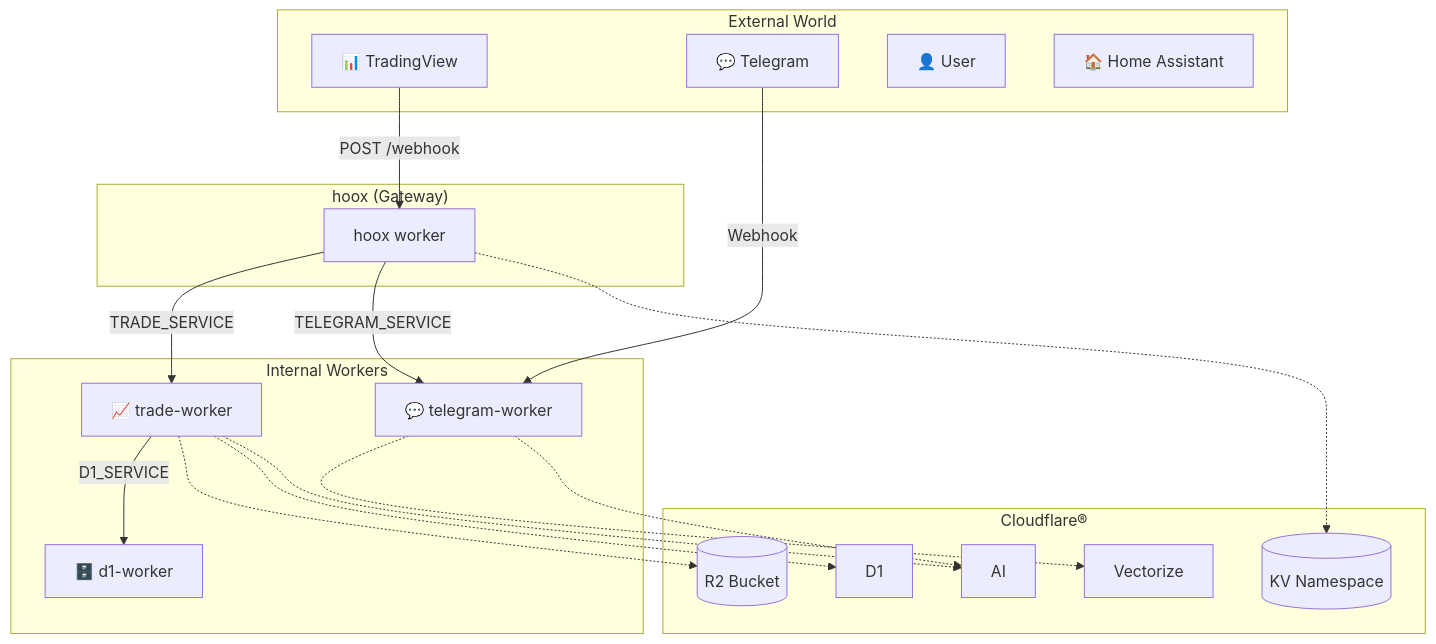
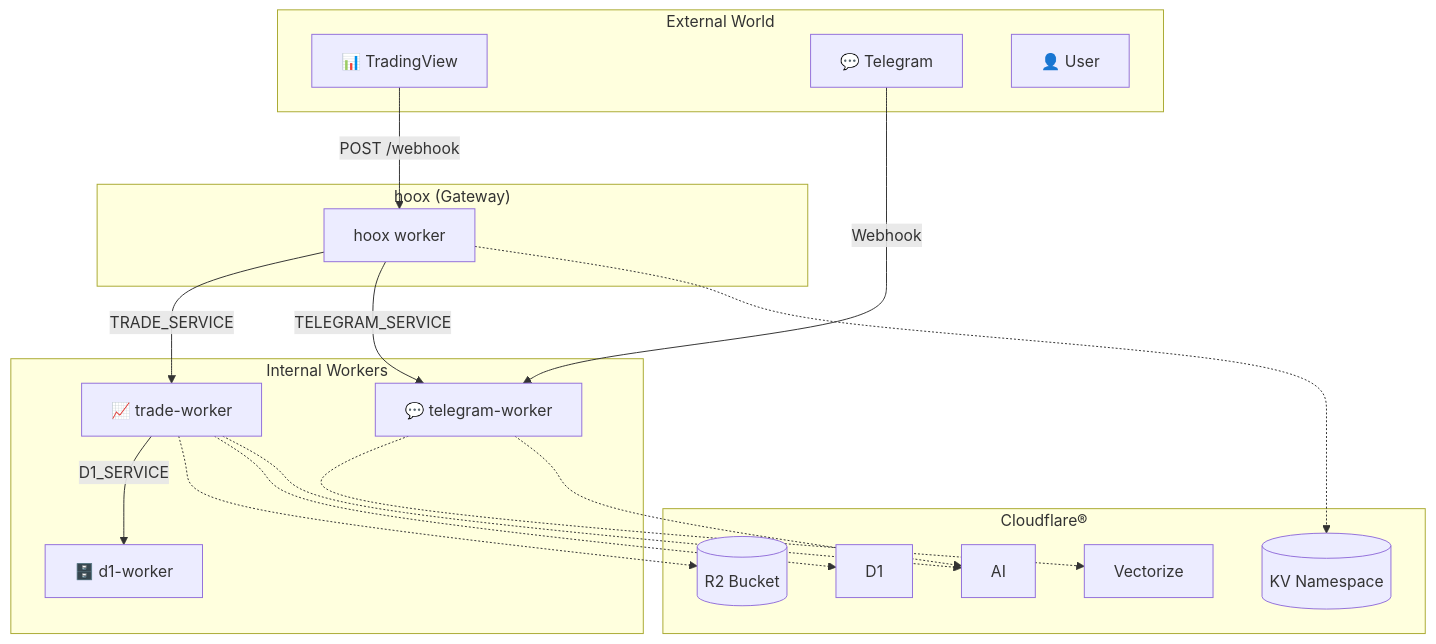
The diagram in docs/architecture/overview.md (jango-blockchained/hoox-setup), drawn with Mermaid before and after one commit. The commit also changed 11 other files, not shown here.

````diff
--- a/docs/architecture/overview.md
+++ b/docs/architecture/overview.md
@@ -14,40 +14,39 @@
 ```mermaid
 graph TB
     subgraph "External World"
         TV["📊 TradingView"]
         TG["💬 Telegram"]
         USER["👤 User"]
-        HA["🏠 Home Assistant"]
     end
 
     subgraph "hoox (Gateway)"
         hoox[hoox worker]
     end
 
     subgraph "Internal Workers"
         trade["📈 trade-worker"]
         telegram["💬 telegram-worker"]
         d1["🗄️ d1-worker"]
     end
 
     subgraph "Cloudflare®"
         KV[(KV Namespace)]
         R2[(R2 Bucket)]
         AI[AI]
         VEC[Vectorize]
         D1[D1]
     end
 
     TV -->|"POST /webhook"| hoox
     TG -->|"Webhook"| telegram
     hoox -->|"TRADE_SERVICE"| trade
     hoox -->|"TELEGRAM_SERVICE"| telegram
     trade -->|"D1_SERVICE"| d1
 
     hoox -.-> KV
     trade -.-> R2
     trade -.-> D1
     trade -.-> AI
     telegram -.-> VEC
     telegram -.-> AI
 ```
````
